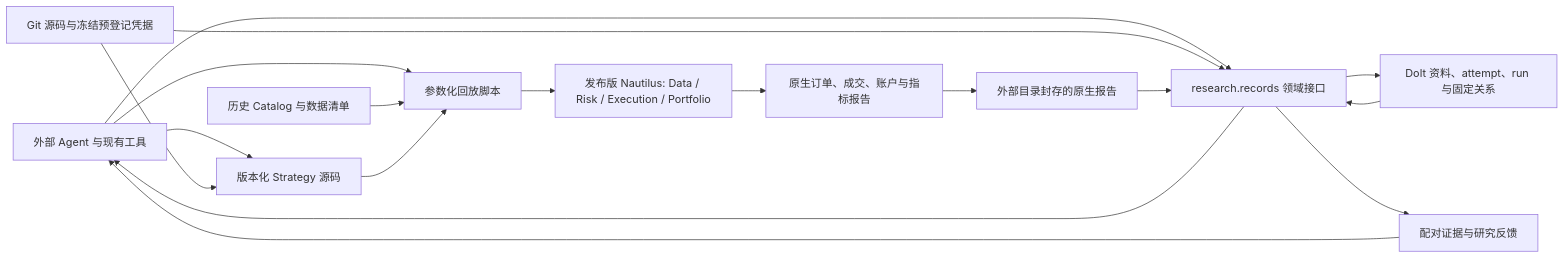
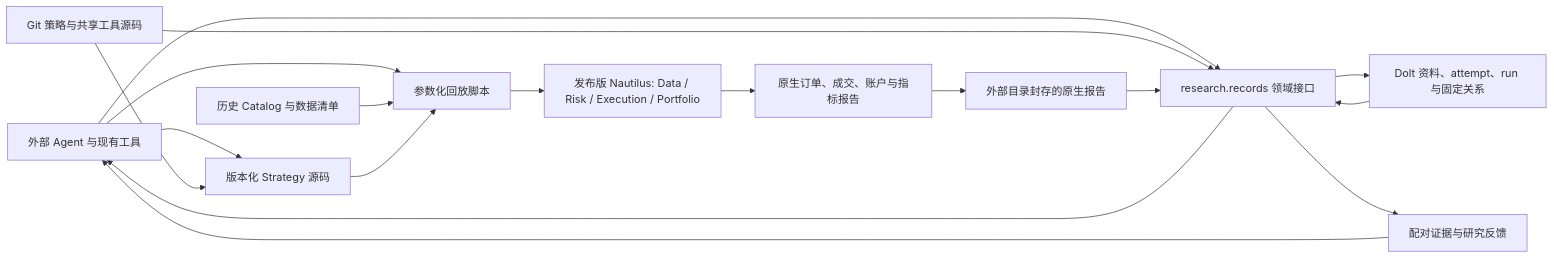
The diagram in docs/architecture.zh.md (qOeOp/trade), drawn with Mermaid before and after one commit. The commit also changed other lines of this file and 28 other files, not shown here.

````diff
--- a/docs/architecture.zh.md
+++ b/docs/architecture.zh.md
@@ -7,19 +7,19 @@
 ```mermaid
 flowchart LR
   A[外部 Agent 与现有工具] --> S[版本化 Strategy 源码]
   A --> Q[research.records 领域接口]
   Q --> L[Dolt 资料、attempt、run 与固定关系]
   L --> Q
   Q --> A
-  G[Git 源码与冻结预登记凭据] --> S
+  G[Git 策略与共享工具源码] --> S
   G --> Q
   A --> R[参数化回放脚本]
   D[历史 Catalog 与数据清单] --> R
   S --> R
   R --> N[发布版 Nautilus: Data / Risk / Execution / Portfolio]
   N --> E[原生订单、成交、账户与指标报告]
   E --> C[外部目录封存的原生报告]
   C --> Q
   Q --> F[配对证据与研究反馈]
   F --> A
 ```
````
